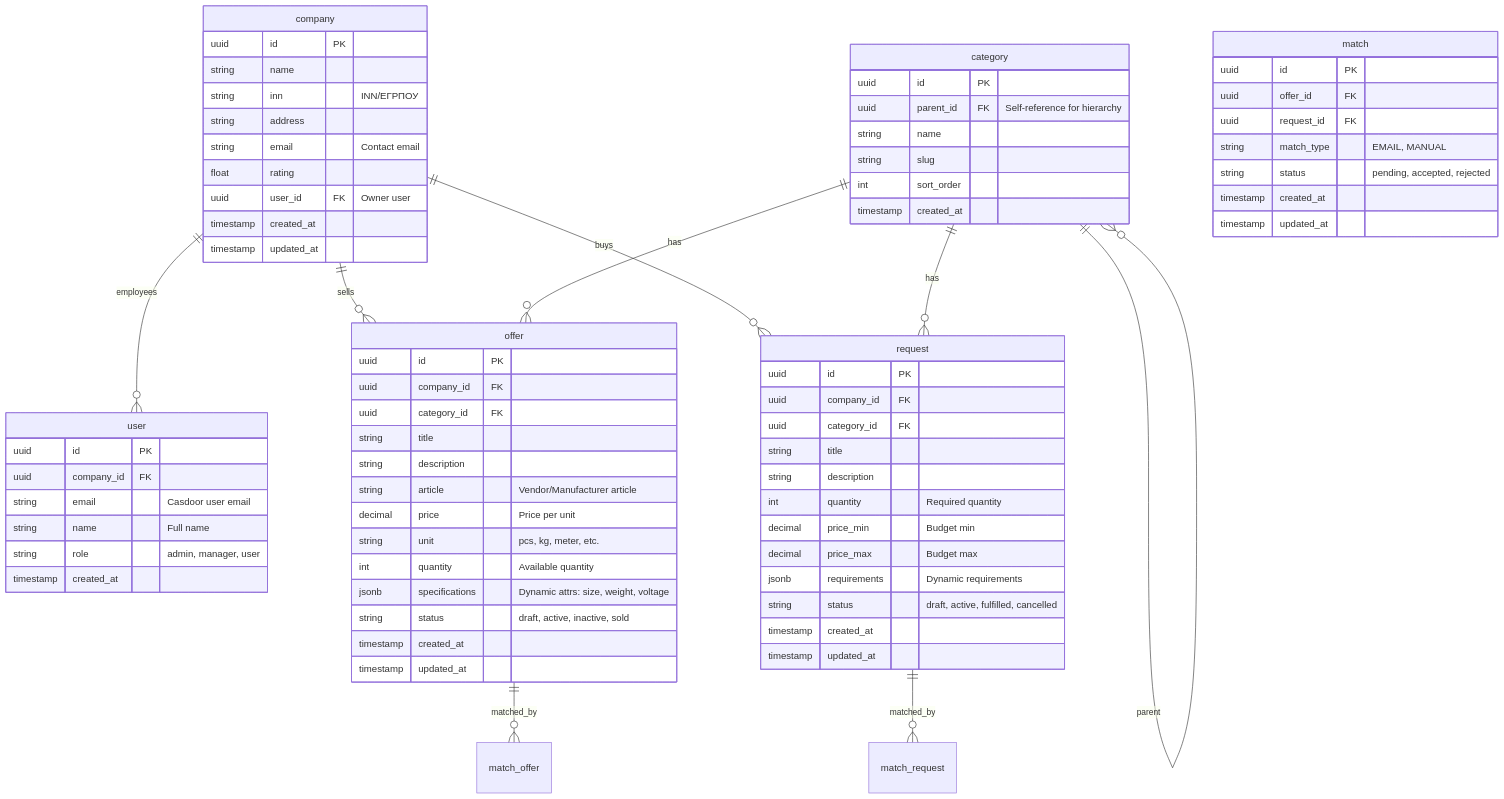
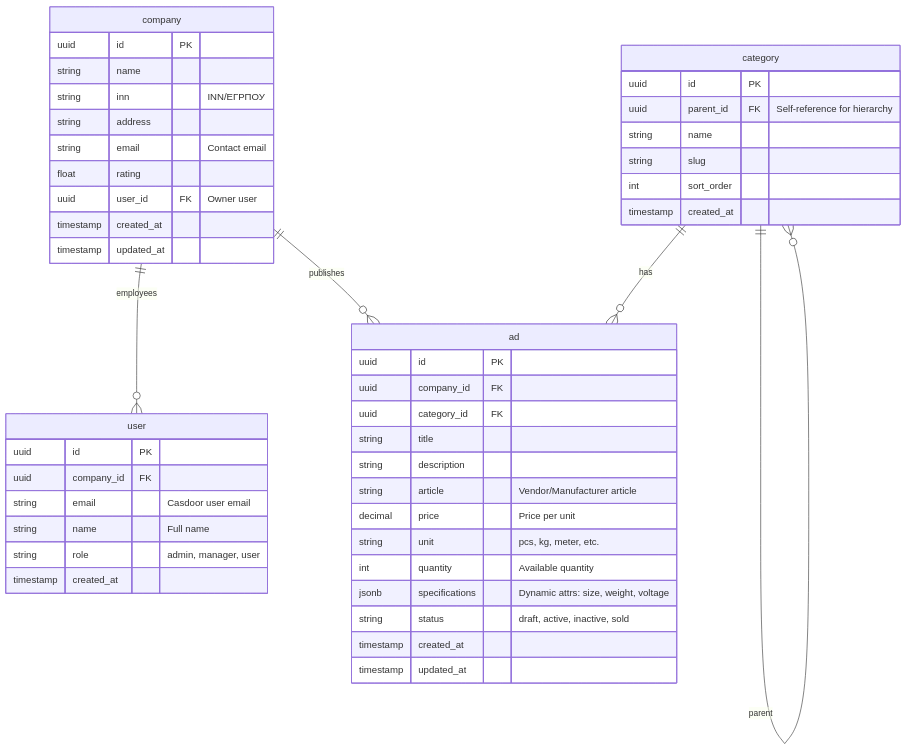
The first of 2 diagrams in docs/architecture/erd-mvp.md (otuskotlin/202602-ok-marketplace), drawn with Mermaid before and after one commit. The commit also changed other lines of this file and 6 other files, not shown here.

````diff
--- a/docs/architecture/erd-mvp.md
+++ b/docs/architecture/erd-mvp.md
@@ -25,17 +23,11 @@
 erDiagram
     %% Companies and Users
     company ||--o{ user : "employees"
-    company ||--o{ offer : "sells"
-    company ||--o{ request : "buys"
+    company ||--o{ ad : "publishes"
     
     %% Categories
-    category ||--o{ offer : "has"
-    category ||--o{ request : "has"
+    category ||--o{ ad : "has"
     category ||--o{ category : "parent"
-    
-    %% Matching
-    offer ||--o{ match_offer : "matched_by"
-    request ||--o{ match_request : "matched_by"
     
     %% Company relationships
     company {
@@ -68,7 +60,7 @@
         timestamp created_at
     }
     
-    offer {
+    ad {
         uuid id PK
         uuid company_id FK
         uuid category_id FK
@@ -83,29 +75,4 @@
         timestamp created_at
         timestamp updated_at
     }
-    
-    request {
-        uuid id PK
-        uuid company_id FK
-        uuid category_id FK
-        string title
-        string description
-        int quantity "Required quantity"
-        decimal price_min "Budget min"
-        decimal price_max "Budget max"
-        jsonb requirements "Dynamic requirements"
-        string status "draft, active, fulfilled, cancelled"
-        timestamp created_at
-        timestamp updated_at
-    }
-    
-    match {
-        uuid id PK
-        uuid offer_id FK
-        uuid request_id FK
-        string match_type "EMAIL, MANUAL"
-        string status "pending, accepted, rejected"
-        timestamp created_at
-        timestamp updated_at
-    }
 ```
````
